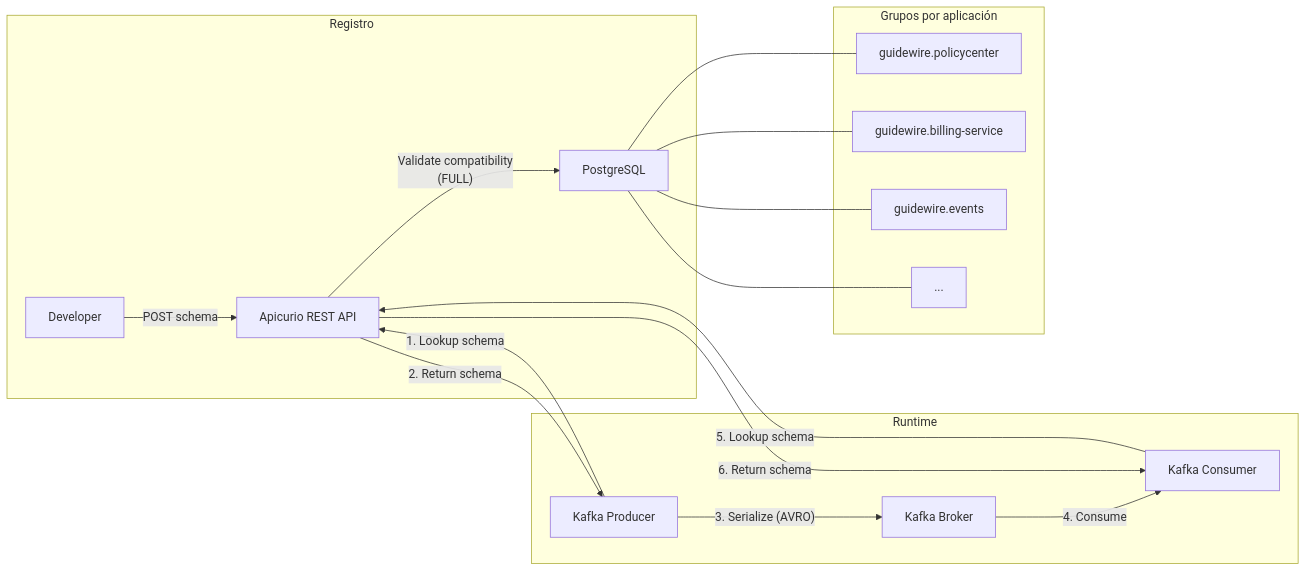
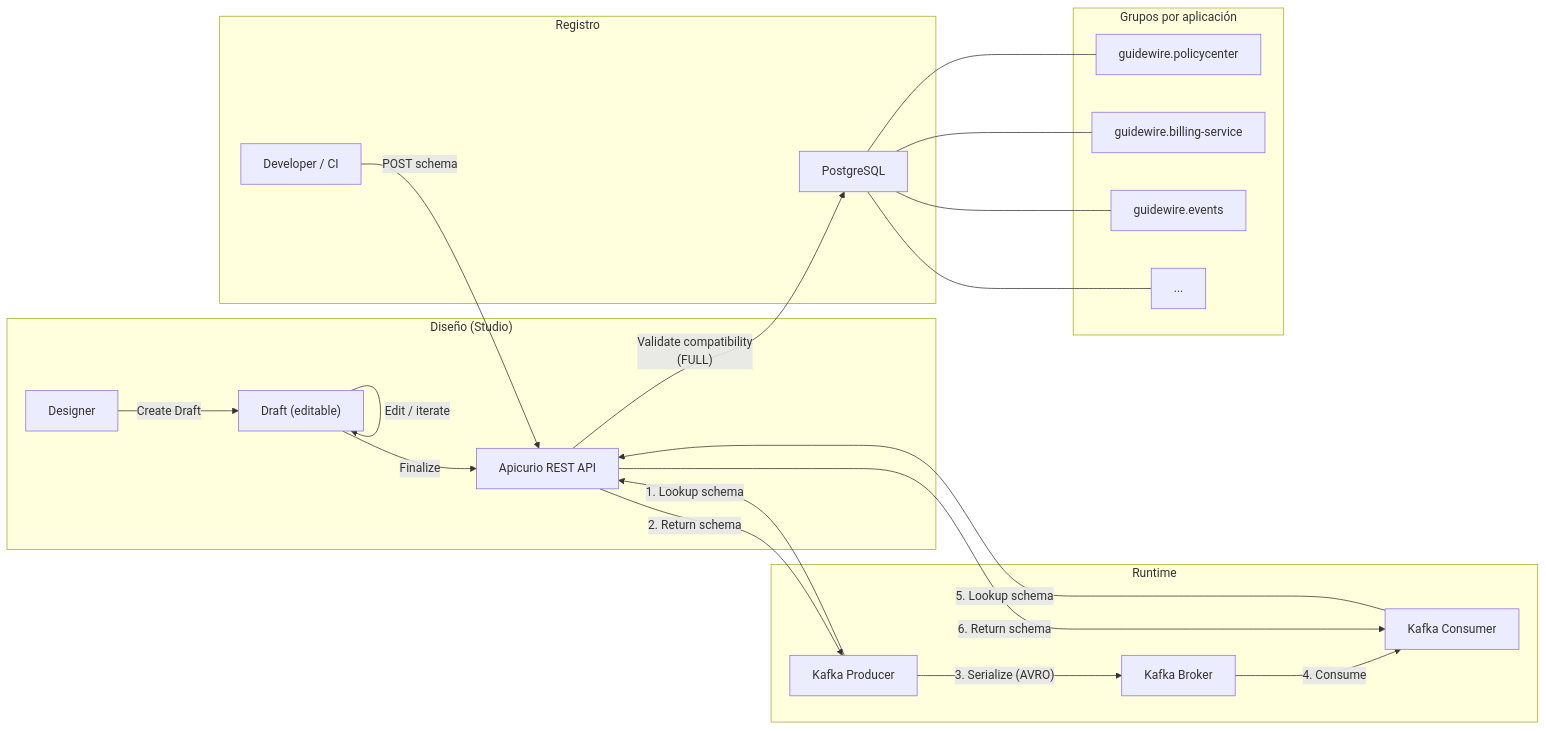
The second of 2 diagrams in openspecs/docs/infra/apicurio/README.md (monghithub/guidewire), drawn with Mermaid before and after one commit. The commit also changed other lines of this file and 9 other files, not shown here.

First line of the commit message:
feat: upgrade Apicurio Registry to 3.1.7 with separate UI and Studio support

````diff
--- a/openspecs/docs/infra/apicurio/README.md
+++ b/openspecs/docs/infra/apicurio/README.md
@@ -235,28 +291,34 @@
 ```mermaid
 graph LR
+    subgraph "Diseño (Studio)"
+        DESIGNER["Designer"] -->|"Create Draft"| DRAFT["Draft (editable)"]
+        DRAFT -->|"Edit / iterate"| DRAFT
+        DRAFT -->|"Finalize"| API
+    end
+
     subgraph Registro
-        DEV["Developer"] -->|"POST schema"| API["Apicurio REST API"]
+        DEV["Developer / CI"] -->|"POST schema"| API["Apicurio REST API"]
         API -->|"Validate compatibility<br/>(FULL)"| DB["PostgreSQL"]
     end
 
     subgraph Runtime
         PRODUCER["Kafka Producer"] -->|"1. Lookup schema"| API
         API -->|"2. Return schema"| PRODUCER
         PRODUCER -->|"3. Serialize (AVRO)"| KAFKA["Kafka Broker"]
         KAFKA -->|"4. Consume"| CONSUMER["Kafka Consumer"]
         CONSUMER -->|"5. Lookup schema"| API
         API -->|"6. Return schema"| CONSUMER
     end
 
     subgraph "Grupos por aplicación"
         G1["guidewire.policycenter"]
         G2["guidewire.billing-service"]
         G3["guidewire.events"]
         G4["..."]
     end
 
     DB --- G1
     DB --- G2
     DB --- G3
     DB --- G4
 ```
````
